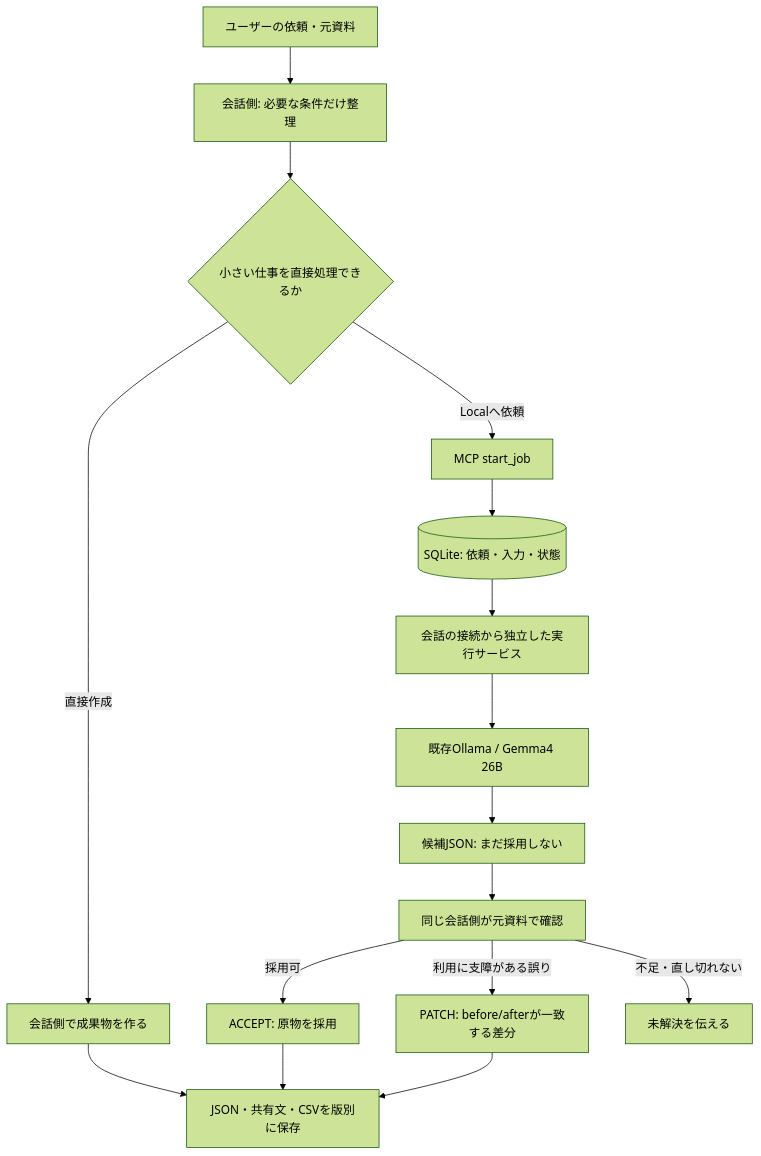
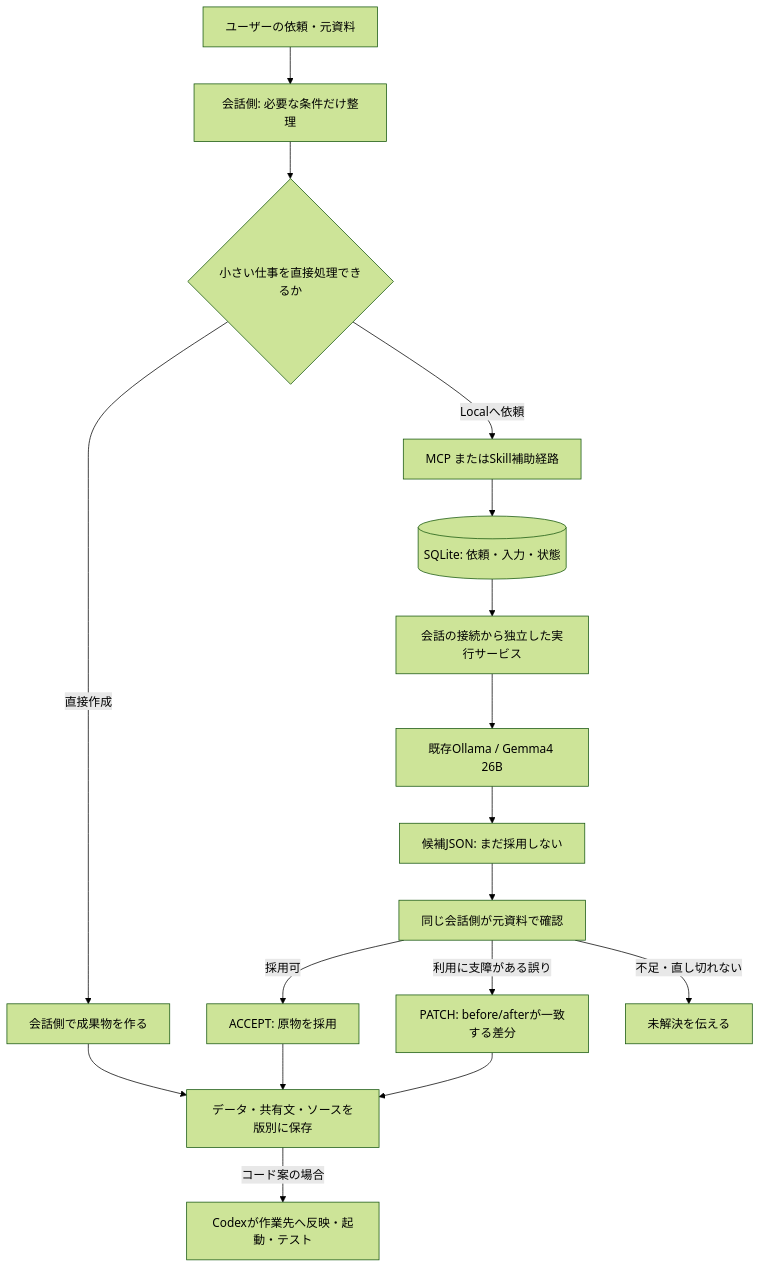
One commit to o0w0v/orchestrator-local changed the diagram in DESIGN_JA.md. Above: the diagram before and after it, drawn with Mermaid (forest theme). The commit also changed other lines of this file and 32 other files, not shown here.

````diff
--- a/DESIGN_JA.md
+++ b/DESIGN_JA.md
@@ -3,18 +3,19 @@
 ```mermaid
 flowchart TD
     U[ユーザーの依頼・元資料] --> C[会話側: 必要な条件だけ整理]
     C --> S{小さい仕事を直接処理できるか}
     S -->|直接作成| D[会話側で成果物を作る]
-    D --> SAVE[JSON・共有文・CSVを版別に保存]
-    S -->|Localへ依頼| MCP[MCP start_job]
+    D --> SAVE[データ・共有文・ソースを版別に保存]
+    S -->|Localへ依頼| MCP[MCP またはSkill補助経路]
     MCP --> DB[(SQLite: 依頼・入力・状態)]
     DB --> SERVICE[会話の接続から独立した実行サービス]
     SERVICE --> GEMMA[既存Ollama / Gemma4 26B]
     GEMMA --> CANDIDATE[候補JSON: まだ採用しない]
     CANDIDATE --> REVIEW[同じ会話側が元資料で確認]
     REVIEW -->|採用可| ORIGINAL[ACCEPT: 原物を採用]
     REVIEW -->|利用に支障がある誤り| PATCH[PATCH: before/afterが一致する差分]
     ORIGINAL --> SAVE
     PATCH --> SAVE
     REVIEW -->|不足・直し切れない| HOLD[未解決を伝える]
+    SAVE -->|コード案の場合| COPY[Codexが作業先へ反映・起動・テスト]
 ```
````
